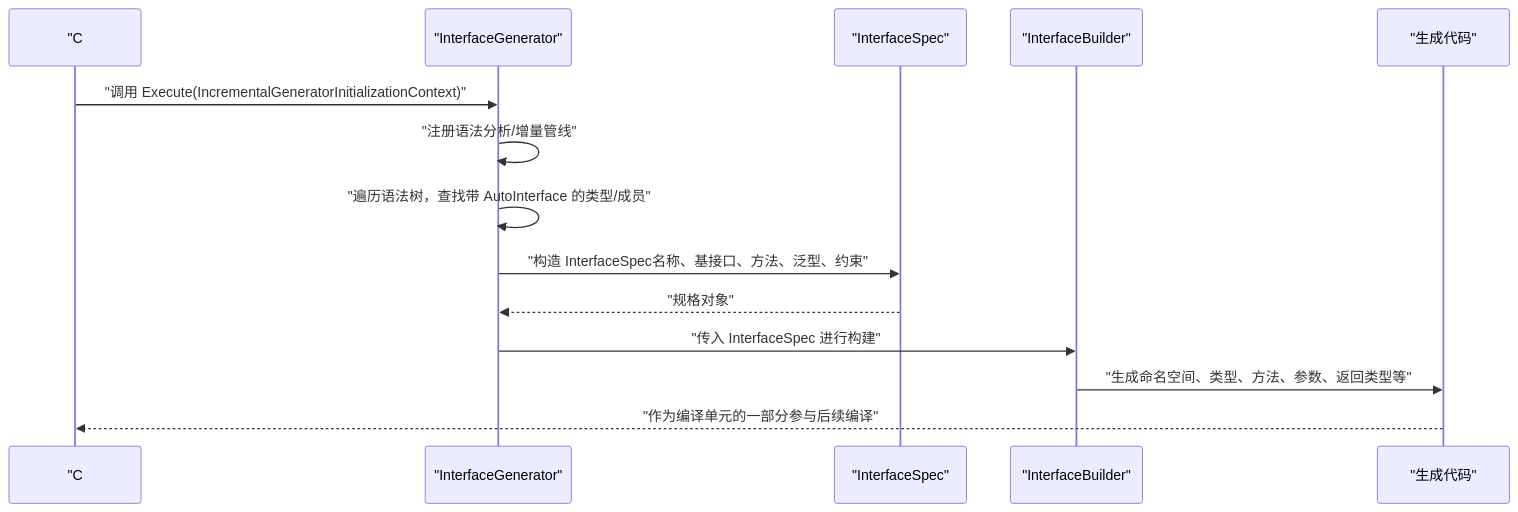
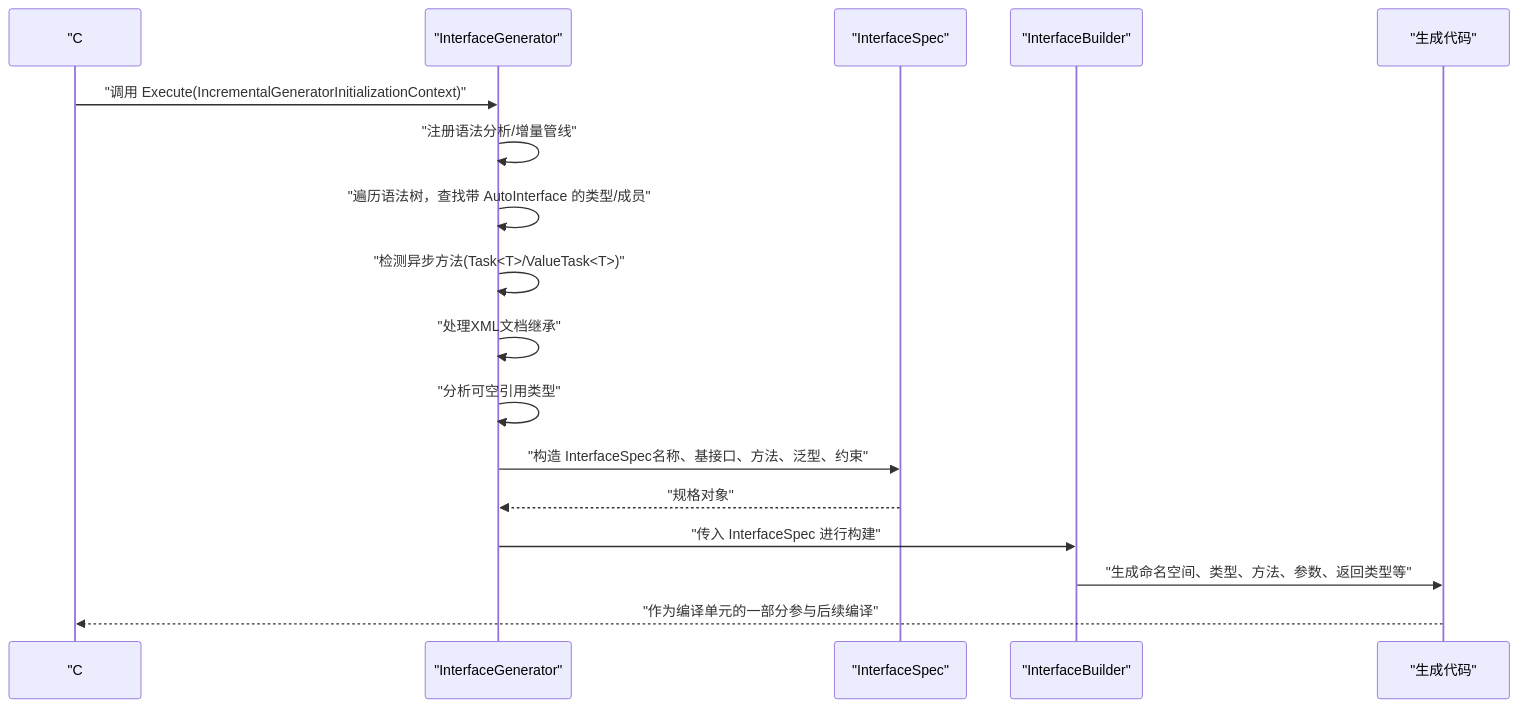
Before and after one commit to alivy/AutoCode: the second of 3 diagrams in .qoder/repowiki/zh/content/源代码生成器/接口生成器.md, drawn with Mermaid. The commit also changed other lines of this file and 8 other files, not shown here.

````diff
--- a/.qoder/repowiki/zh/content/源代码生成器/接口生成器.md
+++ b/.qoder/repowiki/zh/content/源代码生成器/接口生成器.md
@@ -121,16 +131,19 @@
 ```mermaid
 sequenceDiagram
 participant Compiler as "C# 编译器"
 participant Generator as "InterfaceGenerator"
 participant Spec as "InterfaceSpec"
 participant Builder as "InterfaceBuilder"
 participant Output as "生成代码"
 Compiler->>Generator : "调用 Execute(IncrementalGeneratorInitializationContext)"
 Generator->>Generator : "注册语法分析/增量管线"
 Generator->>Generator : "遍历语法树，查找带 AutoInterface 的类型/成员"
+Generator->>Generator : "检测异步方法(Task<T>/ValueTask<T>)"
+Generator->>Generator : "处理XML文档继承"
+Generator->>Generator : "分析可空引用类型"
 Generator->>Spec : "构造 InterfaceSpec名称、基接口、方法、泛型、约束"
 Spec-->>Generator : "规格对象"
 Generator->>Builder : "传入 InterfaceSpec 进行构建"
 Builder->>Output : "生成命名空间、类型、方法、参数、返回类型等"
 Output-->>Compiler : "作为编译单元的一部分参与后续编译"
 ```
````
